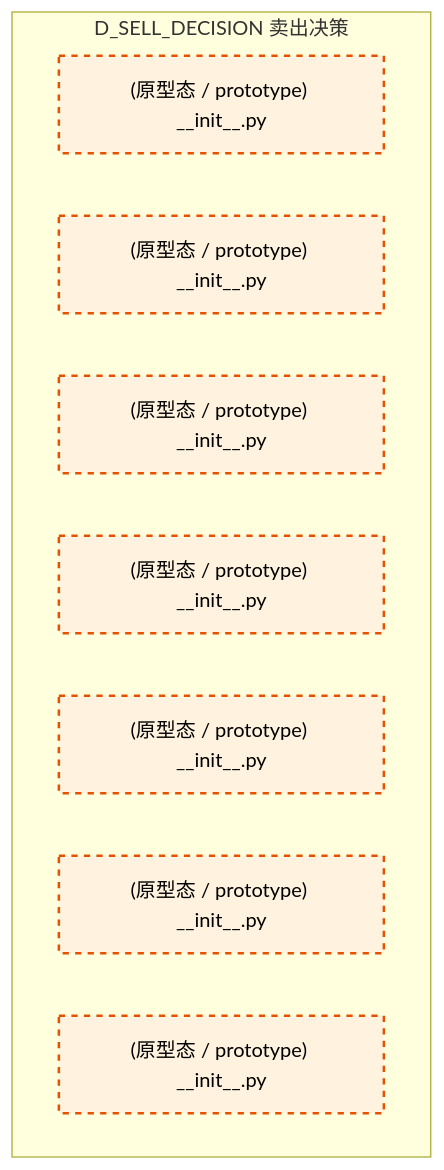
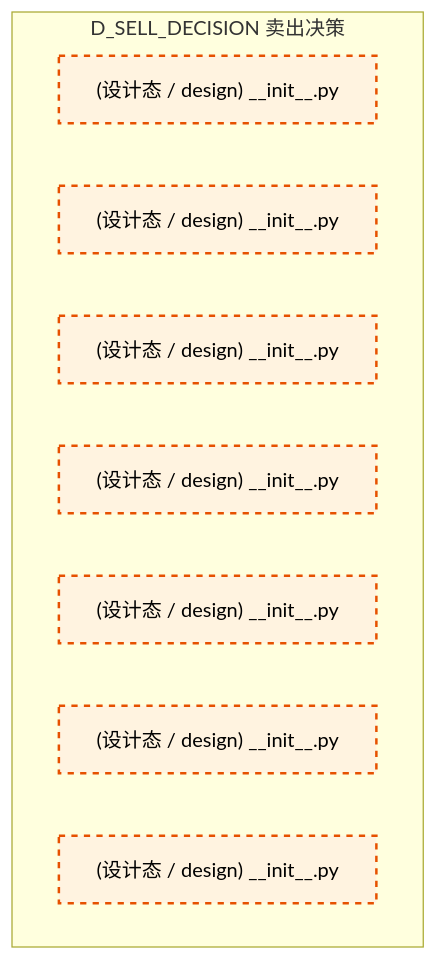
Before and after one commit to xuanFelixVan/ZephyrAlpha: the second of 2 diagrams in docs/02_enterprise_architecture/02_domain_architecture_docs/55_d_sell_decision.md, drawn with Mermaid. The commit also changed other lines of this file and 177 other files, not shown here.

````diff
--- a/docs/02_enterprise_architecture/02_domain_architecture_docs/55_d_sell_decision.md
+++ b/docs/02_enterprise_architecture/02_domain_architecture_docs/55_d_sell_decision.md
@@ -103,17 +102,17 @@
 ```mermaid
 graph TD
     subgraph D_SELL_DECISION["D_SELL_DECISION 卖出决策"]
-        src_zephyr_sell_decision_init_py["(原型态 / prototype) __init__.py"]
-        src_zephyr_sell_decision_extensions_init_py["(原型态 / prototype) __init__.py"]
-        src_zephyr_sell_decision_api_init_py["(原型态 / prototype) __init__.py"]
-        src_zephyr_sell_decision_core_init_py["(原型态 / prototype) __init__.py"]
-        src_zephyr_sell_decision_infrastructure_init_py["(原型态 / prototype) __init__.py"]
-        src_zephyr_sell_decision_models_init_py["(原型态 / prototype) __init__.py"]
-        src_zephyr_sell_decision_services_init_py["(原型态 / prototype) __init__.py"]
+        src_zephyr_sell_decision_init_py["(设计态 / design) __init__.py"]
+        src_zephyr_sell_decision_extensions_init_py["(设计态 / design) __init__.py"]
+        src_zephyr_sell_decision_api_init_py["(设计态 / design) __init__.py"]
+        src_zephyr_sell_decision_core_init_py["(设计态 / design) __init__.py"]
+        src_zephyr_sell_decision_infrastructure_init_py["(设计态 / design) __init__.py"]
+        src_zephyr_sell_decision_models_init_py["(设计态 / design) __init__.py"]
+        src_zephyr_sell_decision_services_init_py["(设计态 / design) __init__.py"]
     end
     classDef production fill:#e1f5fe,stroke:#01579b,stroke-width:2px,color:#000
     classDef design fill:#fff3e0,stroke:#e65100,stroke-width:2px,color:#000,stroke-dasharray: 5 5
     classDef external_prod fill:#e8f5e9,stroke:#1b5e20,stroke-width:1px,color:#000
     classDef external_design fill:#fce4ec,stroke:#880e4f,stroke-width:1px,color:#000,stroke-dasharray: 5 5
     class src_zephyr_sell_decision_init_py,src_zephyr_sell_decision_extensions_init_py,src_zephyr_sell_decision_api_init_py,src_zephyr_sell_decision_core_init_py,src_zephyr_sell_decision_infrastructure_init_py,src_zephyr_sell_decision_models_init_py,src_zephyr_sell_decision_services_init_py design
 ```
````
